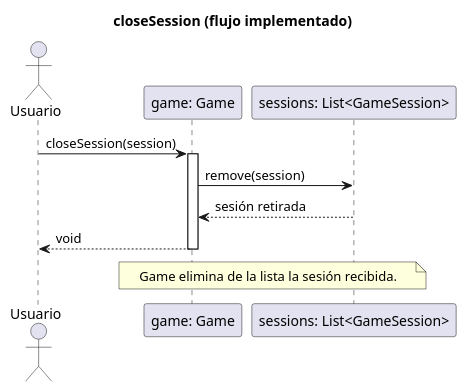
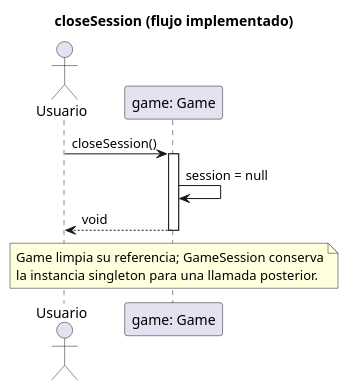
One commit to PaglkG/ProyectoFinal-Dopo changed the second of 9 diagrams in docs/uml/domain-sequences.puml. Above: the diagram before and after it, drawn with PlantUML. The commit also changed other lines of this file and 19 other files, not shown here.

```diff
--- a/docs/uml/domain-sequences.puml
+++ b/docs/uml/domain-sequences.puml
@@ -10,13 +10,12 @@
 @startuml
 title closeSession (flujo implementado)
 actor Usuario
 participant "game: Game" as G
-participant "sessions: List<GameSession>" as L
-Usuario -> G ++: closeSession(session)
-G -> L: remove(session)
-L --> G: sesión retirada
+Usuario -> G ++: closeSession()
+G -> G: session = null
 G --> Usuario --: void
-note over G,L
-  Game elimina de la lista la sesión recibida.
+note over G
+  Game limpia su referencia; GameSession conserva
+  la instancia singleton para una llamada posterior.
 end note
 @enduml
```
